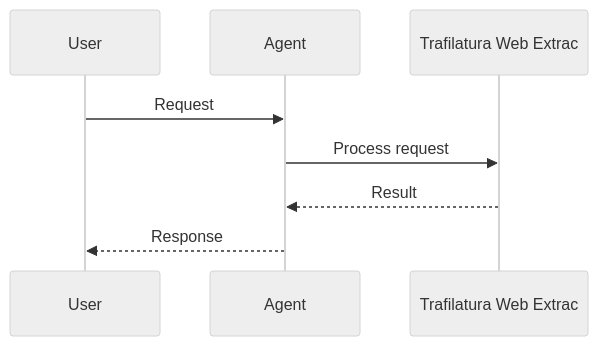
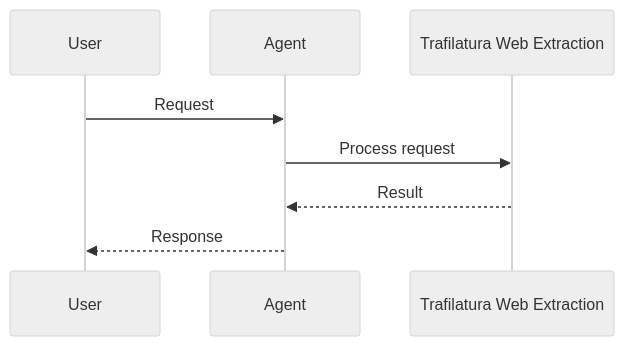
Before and after one commit to MervinPraison/PraisonAIDocs: the second of 2 diagrams in docs/tools/trafilatura.mdx, drawn with Mermaid (neutral theme). The commit also changed 45 other files, not shown here.

First line of the commit message:
docs: fix truncated Mermaid diagram feature names (22-char cutoff)

````diff
--- a/docs/tools/trafilatura.mdx
+++ b/docs/tools/trafilatura.mdx
@@ -39,11 +39,11 @@
 ```mermaid
 sequenceDiagram
     participant User
     participant Agent
-    participant Feature as Trafilatura Web Extrac
+    participant Feature as Trafilatura Web Extraction
 
     User->>Agent: Request
     Agent->>Feature: Process request
     Feature-->>Agent: Result
     Agent-->>User: Response
 ```
````
